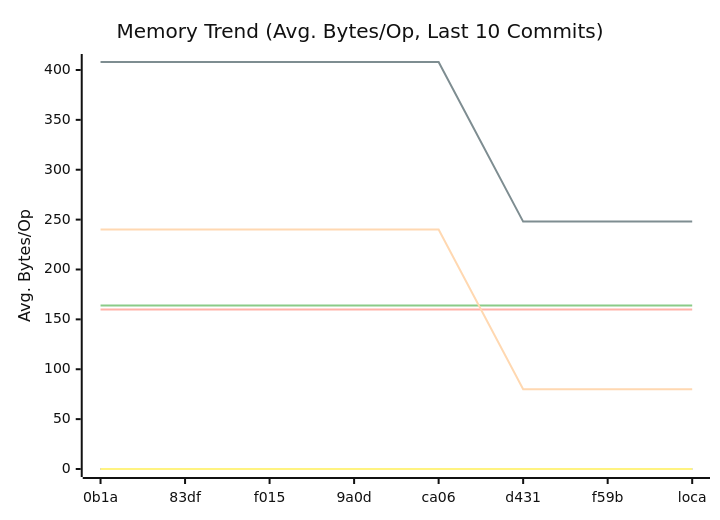
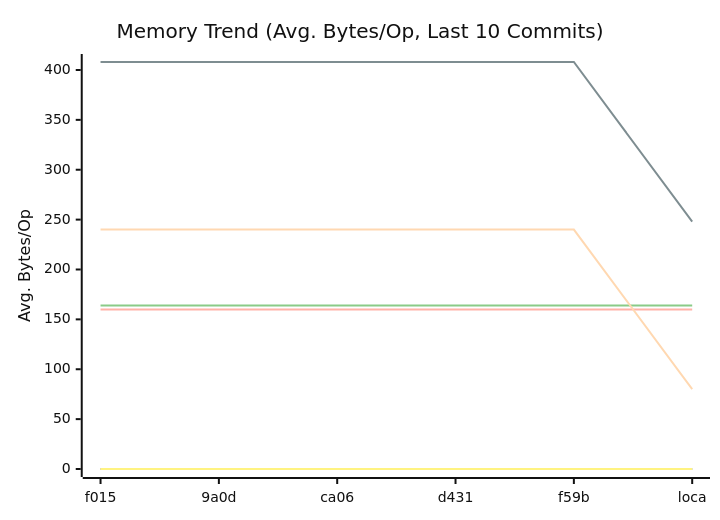
The second of 3 diagrams in docs/PERFORMANCE.md (alsotoes/momo), drawn with Mermaid (neutral theme) before and after one commit. The commit also changed other lines of this file and 3 other files, not shown here.

````diff
--- a/docs/PERFORMANCE.md
+++ b/docs/PERFORMANCE.md
@@ -97,16 +97,16 @@
 ```mermaid
 xychart-beta
     title "Memory Trend (Avg. Bytes/Op, Last 10 Commits)"
     x-axis "Commit"
     y-axis "Avg. Bytes/Op"
-    x-axis [0b1a,83df,f015,9a0d,ca06,d431,f59b,loca]
+    x-axis [f015,9a0d,ca06,d431,f59b,loca]
     line "CheckMetricsAndSwap" [0,0,0,0,0,0,0,0,0,0]
     line "CrushOptimized" [0,0,0,0,0,0,0,0,0,0]
     line "CrushOriginal" [164,164,164,164,164,164,164,164,164,164]
     line "IndexDirectTracking" [0,0,0,0,0,0,0,0,0,0]
     line "IndexSearch" [0,0,0,0,0,0,0,0,0,0]
     line "LoadGlobalConfig" [160,160,160,160,160,160,160,160,160,160]
     line "PadString" [0,0,0,0,0,0,0,0,0,0]
     line "ParseReplicationOrder_NoPrealloc" [408,408,408,408,408,248,248,248,248,248]
     line "ParseReplicationOrder_Prealloc" [240,240,240,240,240,80,80,80,80,80]
 ```
````
